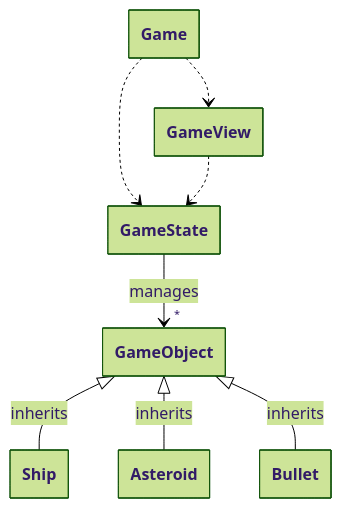
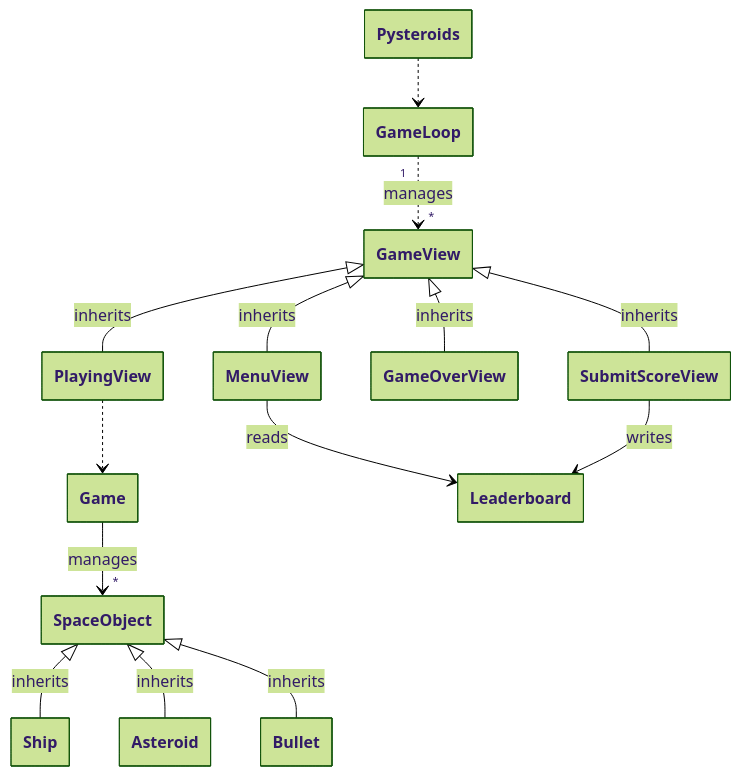
One commit to ladtopi/ohtelabra-asteroids changed the first of 2 diagrams in dokumentaatio/arkkitehtuuri.md. Above: the diagram before and after it, drawn with Mermaid (forest theme). The commit also changed other lines of this file, not shown here.

Commit message:
update architecture doc

````diff
--- a/dokumentaatio/arkkitehtuuri.md
+++ b/dokumentaatio/arkkitehtuuri.md
@@ -11,25 +11,35 @@
 ```mermaid
 ---
   config:
     class:
       hideEmptyMembersBox: true
 ---
 
 classDiagram
+    class Pysteroids
+    class GameLoop
+    class GameView
     class Game
-    class GameState
-    class GameView
-    class GameObject
+    class SpaceObject
     class Ship
     class Asteroid
     class Bullet
 
-    Game ..> GameState
-    Game ..> GameView
-    GameView ..> GameState
-    GameState --> "*" GameObject: manages
+    Pysteroids ..> GameLoop
+    GameLoop "1" ..> "*" GameView: manages
 
-    GameObject <|-- Ship: inherits
-    GameObject <|-- Asteroid: inherits
-    GameObject <|-- Bullet: inherits
+    GameView <|-- MenuView: inherits
+    GameView <|-- PlayingView: inherits
+    GameView <|-- GameOverView: inherits
+    GameView <|-- SubmitScoreView: inherits
+
+    MenuView --> Leaderboard: reads
+    SubmitScoreView --> Leaderboard: writes
+
+    PlayingView ..> Game
+    Game --> "*" SpaceObject: manages
+
+    SpaceObject <|-- Ship: inherits
+    SpaceObject <|-- Asteroid: inherits
+    SpaceObject <|-- Bullet: inherits
 ```
````
